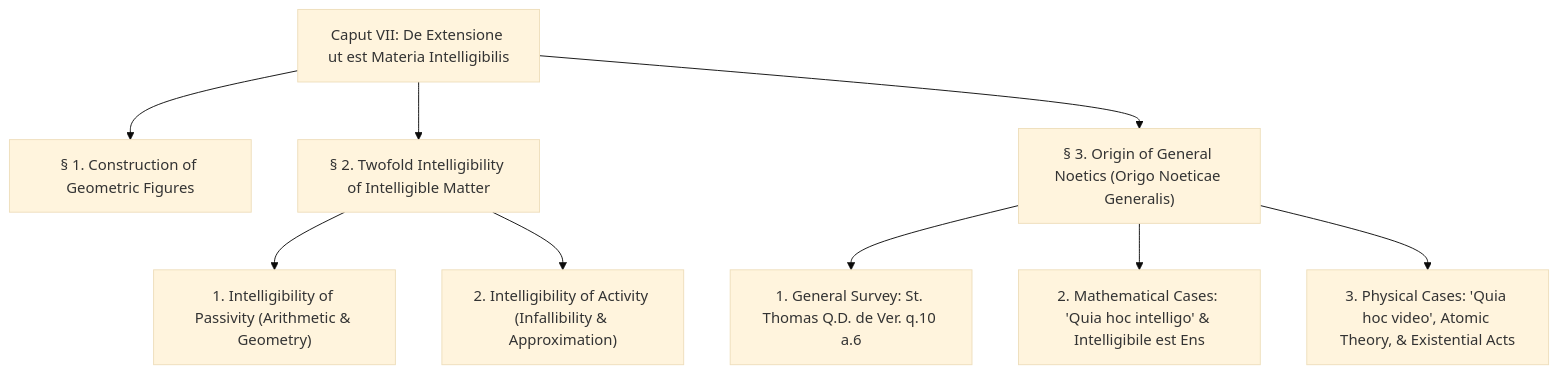
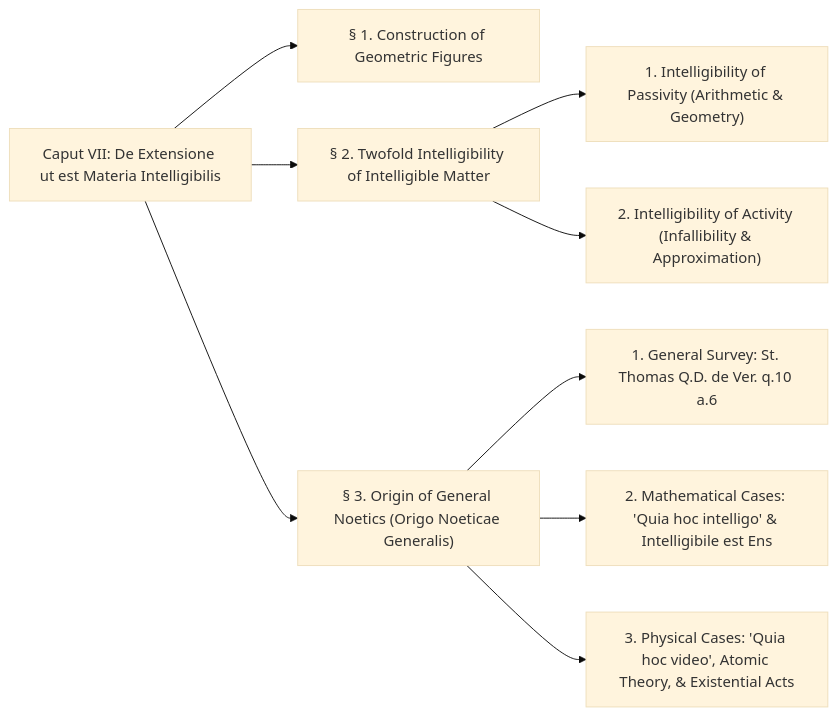
Before and after one commit to geometor/hoenen: the first of 2 diagrams in docs/caput-7/caput-7-summary.md, drawn with Mermaid (base theme). The commit also changed 5 other files, not shown here.

Commit message:
style: change mermaid flowcharts to horizontal orientation (LR)

````diff
--- a/docs/caput-7/caput-7-summary.md
+++ b/docs/caput-7/caput-7-summary.md
@@ -19,13 +19,13 @@
 ```mermaid
-flowchart TD
+flowchart LR
     A["Caput VII: De Extensione ut est Materia Intelligibilis"] --> B["§ 1. Construction of Geometric Figures"]
     A --> C["§ 2. Twofold Intelligibility of Intelligible Matter"]
     A --> D["§ 3. Origin of General Noetics (Origo Noeticae Generalis)"]
 
     C --> C1["1. Intelligibility of Passivity (Arithmetic & Geometry)"]
     C --> C2["2. Intelligibility of Activity (Infallibility & Approximation)"]
 
     D --> D1["1. General Survey: St. Thomas Q.D. de Ver. q.10 a.6"]
     D --> D2["2. Mathematical Cases: 'Quia hoc intelligo' & Intelligibile est Ens"]
     D --> D3["3. Physical Cases: 'Quia hoc video', Atomic Theory, & Existential Acts"]
 ```
````
